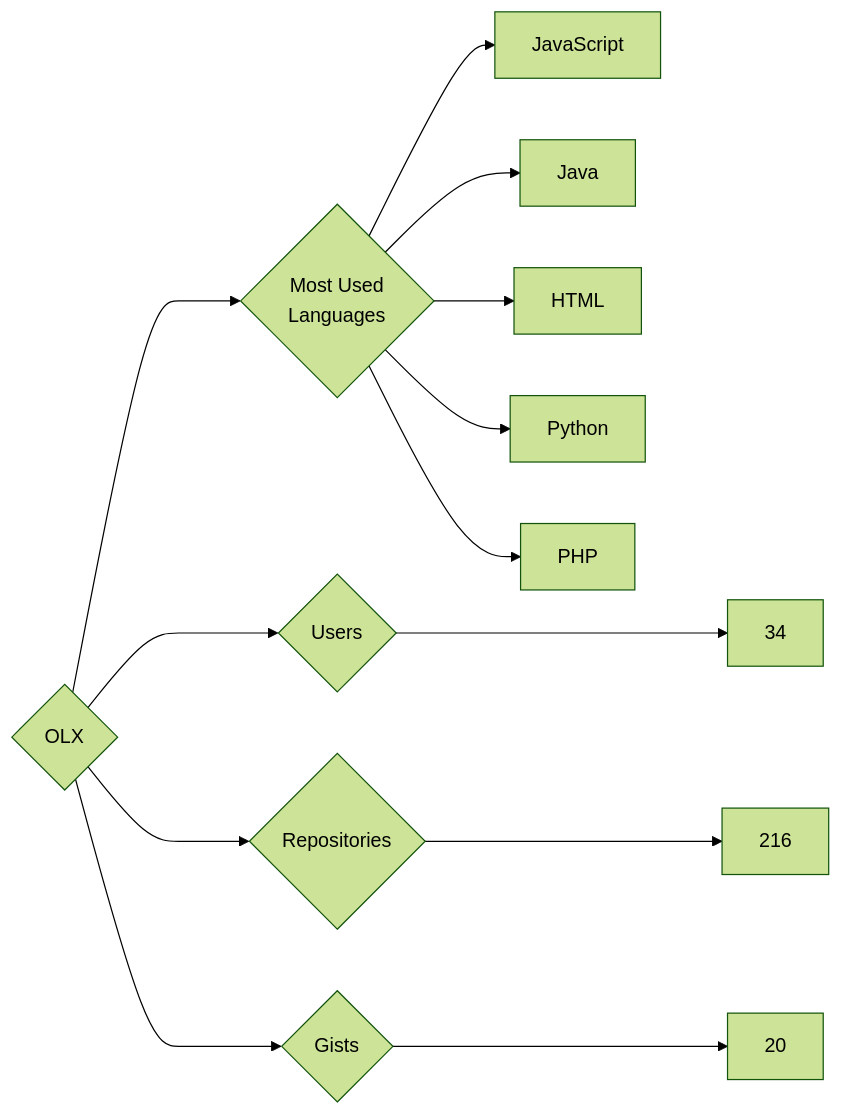
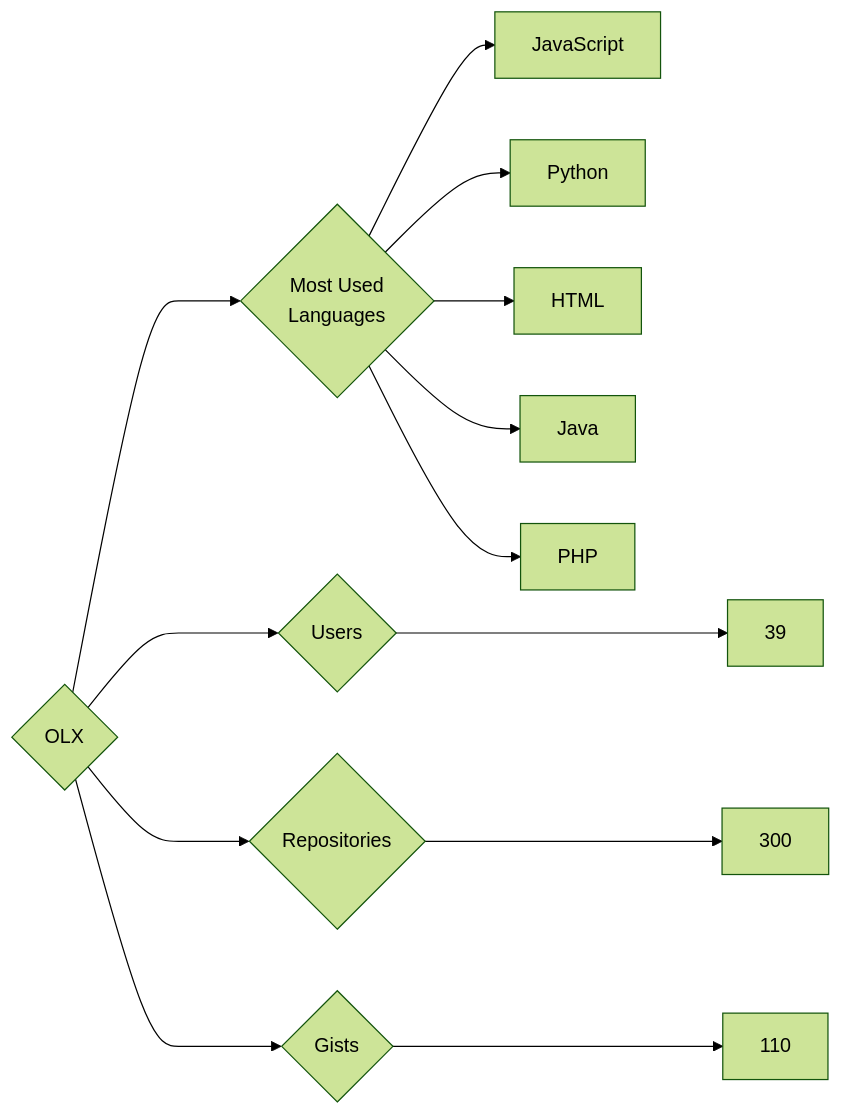
Before and after one commit to trickest/insiders: the diagram in targets/OLX/README.md, drawn with Mermaid (forest theme). The commit also changed 833 other files, not shown here.

````diff
--- a/targets/OLX/README.md
+++ b/targets/OLX/README.md
@@ -3,13 +3,13 @@
 ```mermaid
 graph LR
 COMPANY_NAME{OLX}
-COMPANY_NAME ---> U{Users} ---> UN[34]
-COMPANY_NAME ---> R{Repositories} ---> RN[216]
-COMPANY_NAME ---> G{Gists} ---> GN[20]
+COMPANY_NAME ---> U{Users} ---> UN[39]
+COMPANY_NAME ---> R{Repositories} ---> RN[300]
+COMPANY_NAME ---> G{Gists} ---> GN[110]
 COMPANY_NAME ---> ML{Most Used<br>Languages}
 ML --> JavaScript[JavaScript]
+ML --> Python[Python]
+ML --> HTML[HTML]
 ML --> Java[Java]
-ML --> HTML[HTML]
-ML --> Python[Python]
 ML --> PHP[PHP]
 ```
````
